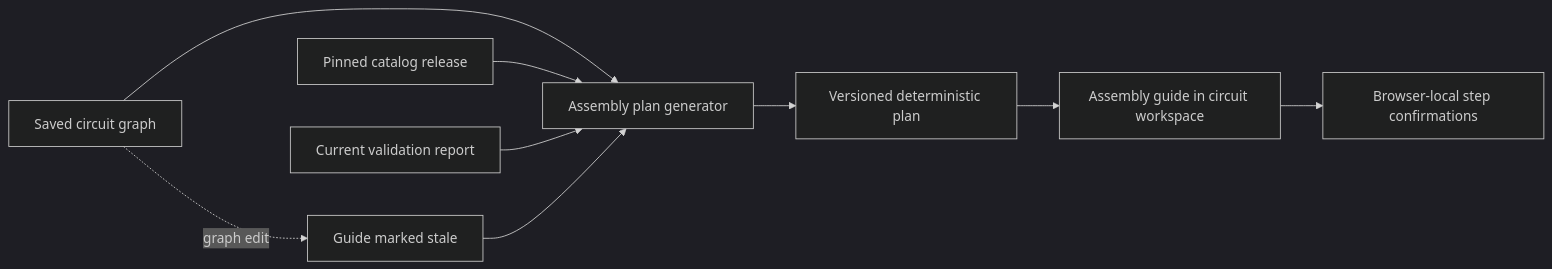
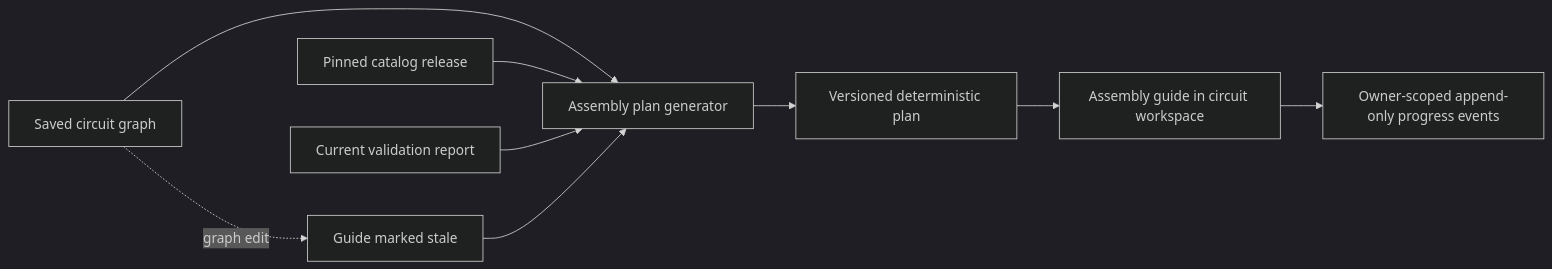
Before and after one commit to choksi2212/schemora-lab: the first of 2 diagrams in docs/Phase-4-Implementation.md, drawn with Mermaid (dark theme). The commit also changed other lines of this file and 8 other files, not shown here.

````diff
--- a/docs/Phase-4-Implementation.md
+++ b/docs/Phase-4-Implementation.md
@@ -21,11 +21,11 @@
 ```mermaid
 flowchart LR
   G[Saved circuit graph] --> A[Assembly plan generator]
   C[Pinned catalog release] --> A
   V[Current validation report] --> A
   A --> P[Versioned deterministic plan]
   P --> U[Assembly guide in circuit workspace]
-  U --> X[Browser-local step confirmations]
+  U --> X[Owner-scoped append-only progress events]
   G -. graph edit .-> S[Guide marked stale]
   S --> A
 ```
````
